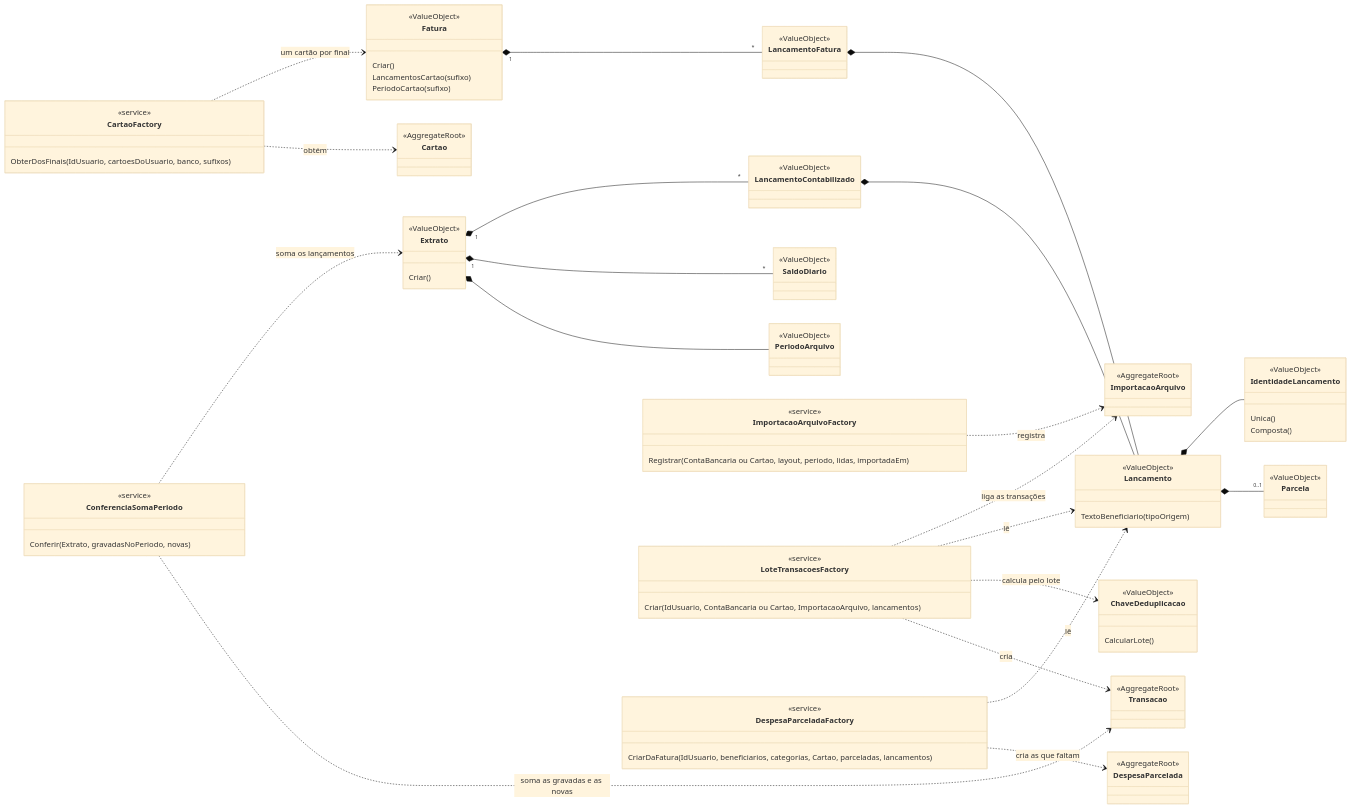
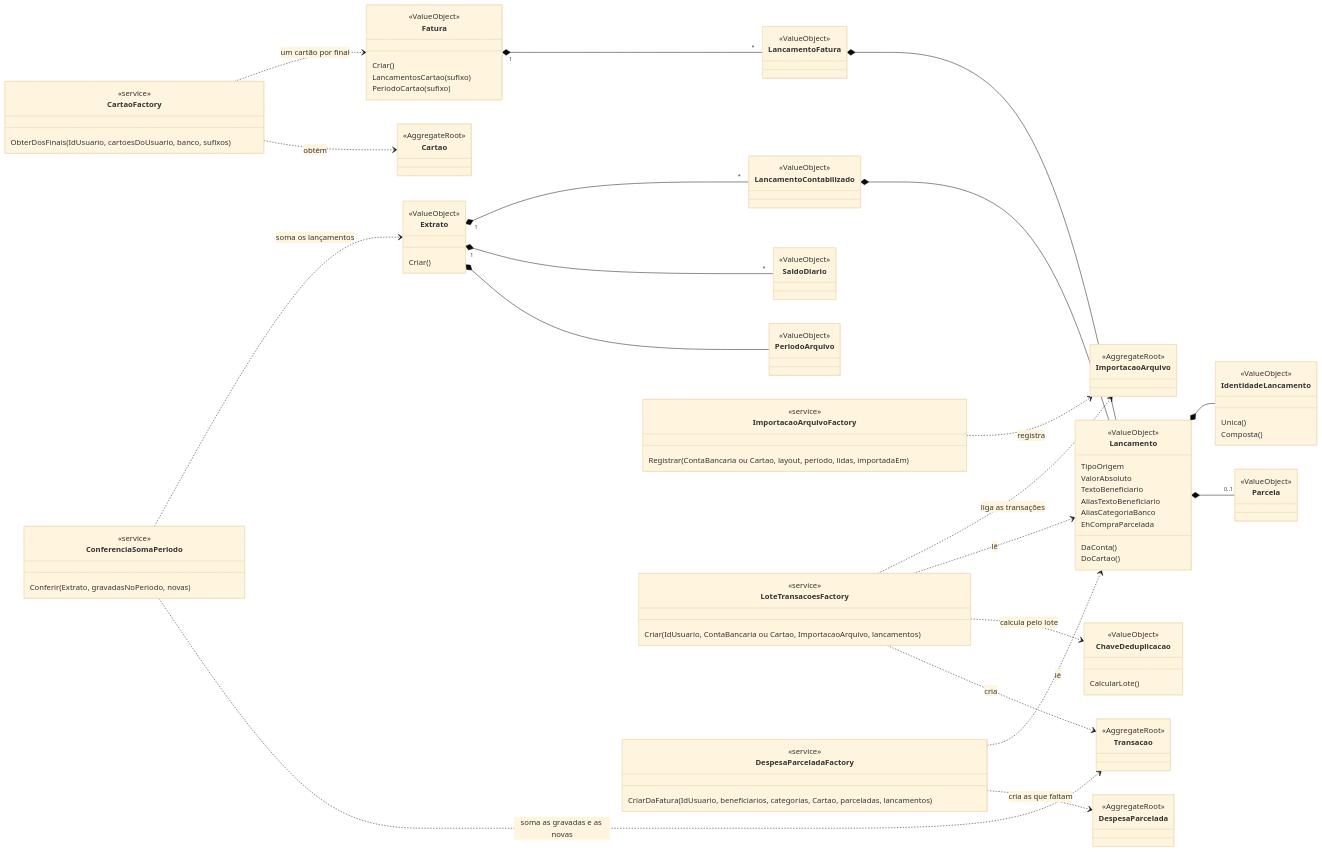
Before and after one commit to humbertosampaio/controle-financeiro: the second of 2 diagrams in docs/modelo-de-dominio.md, drawn with Mermaid (base theme). The commit also changed other lines of this file and 1 other file, not shown here.

```diff
--- a/docs/modelo-de-dominio.md
+++ b/docs/modelo-de-dominio.md
@@ -268,7 +282,14 @@
     }
     class Lancamento {
         <<ValueObject>>
-        TextoBeneficiario(tipoOrigem)
+        DaConta()
+        DoCartao()
+        TipoOrigem
+        ValorAbsoluto
+        TextoBeneficiario
+        AliasTextoBeneficiario
+        AliasCategoriaBanco
+        EhCompraParcelada
     }
     class IdentidadeLancamento {
         <<ValueObject>>
```
